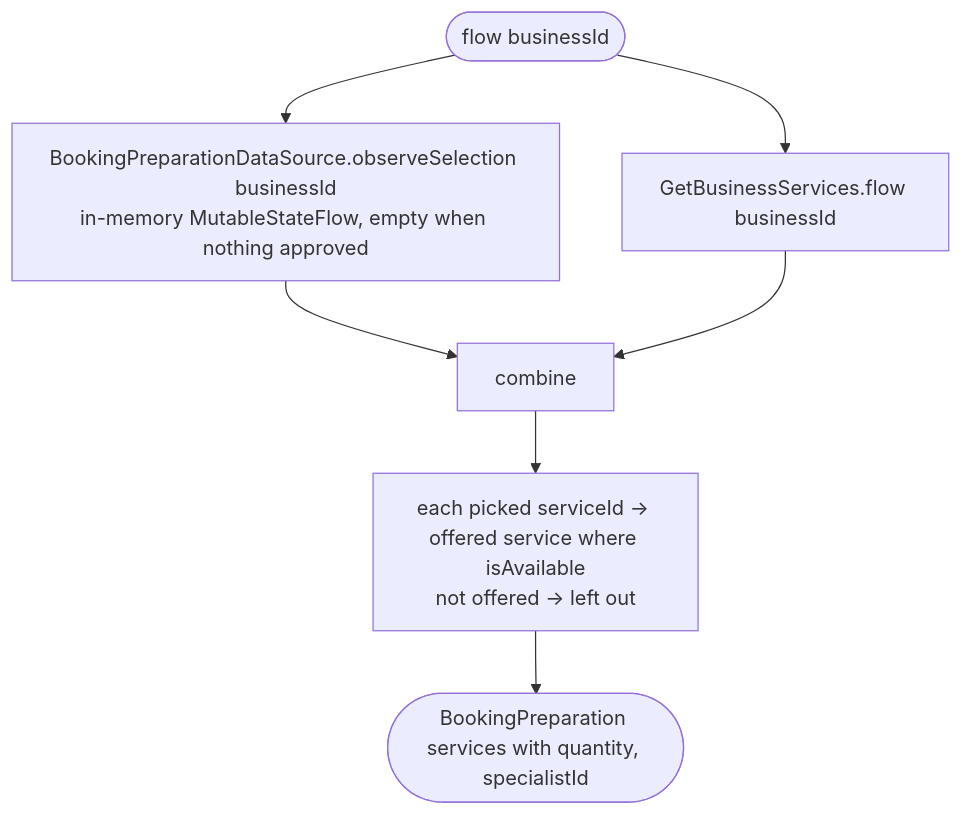
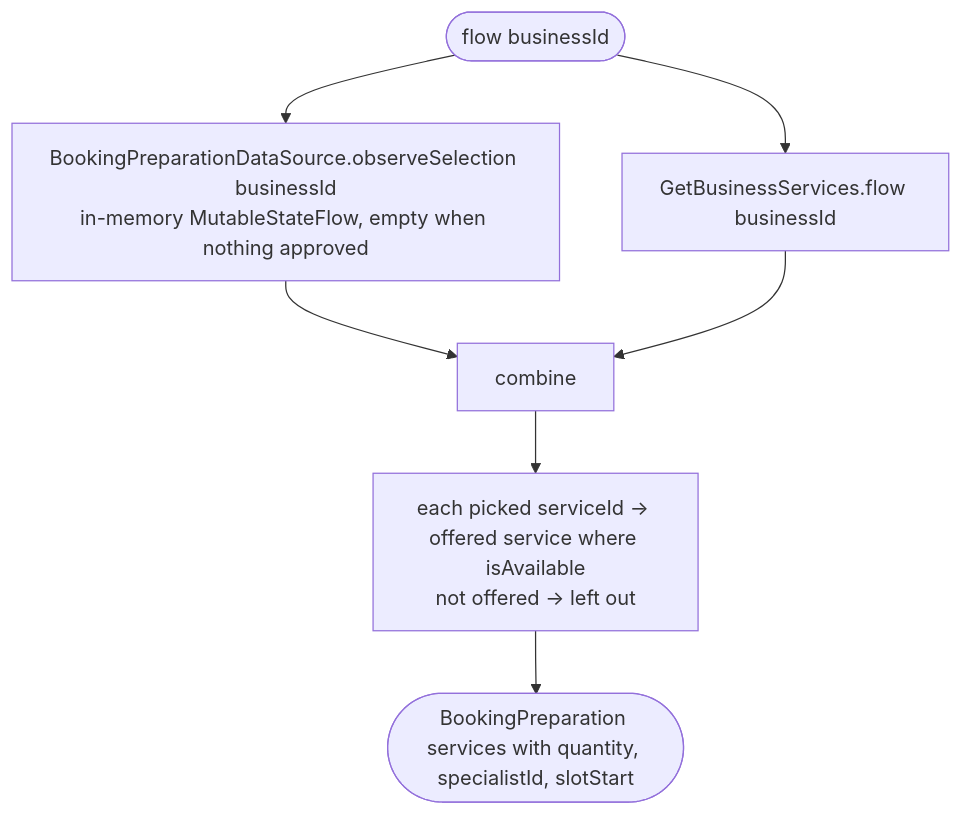
Before and after one commit to nocturneproperties/bookkme-client: the diagram in docs/operations/booking/get-booking-preparation.md, drawn with Mermaid. The commit also changed other lines of this file and 28 other files, not shown here.

````diff
--- a/docs/operations/booking/get-booking-preparation.md
+++ b/docs/operations/booking/get-booking-preparation.md
@@ -20,9 +20,9 @@
 ```mermaid
 flowchart TD
     F([flow businessId]) --> Sel[BookingPreparationDataSource.observeSelection businessId<br/>in-memory MutableStateFlow, empty when nothing approved]
     F --> Svc[GetBusinessServices.flow businessId]
     Sel --> C[combine]
     Svc --> C
     C --> Match[each picked serviceId → offered service where isAvailable<br/>not offered → left out]
-    Match --> Out([BookingPreparation services with quantity, specialistId])
+    Match --> Out([BookingPreparation services with quantity, specialistId, slotStart])
 ```
````
